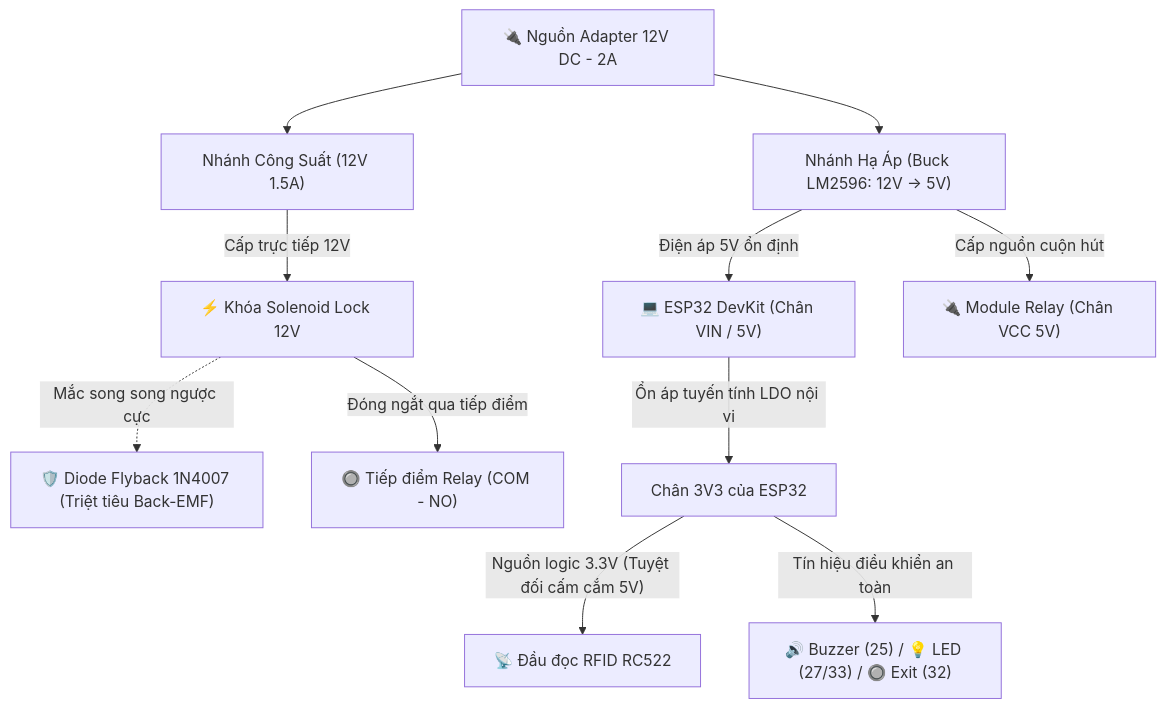
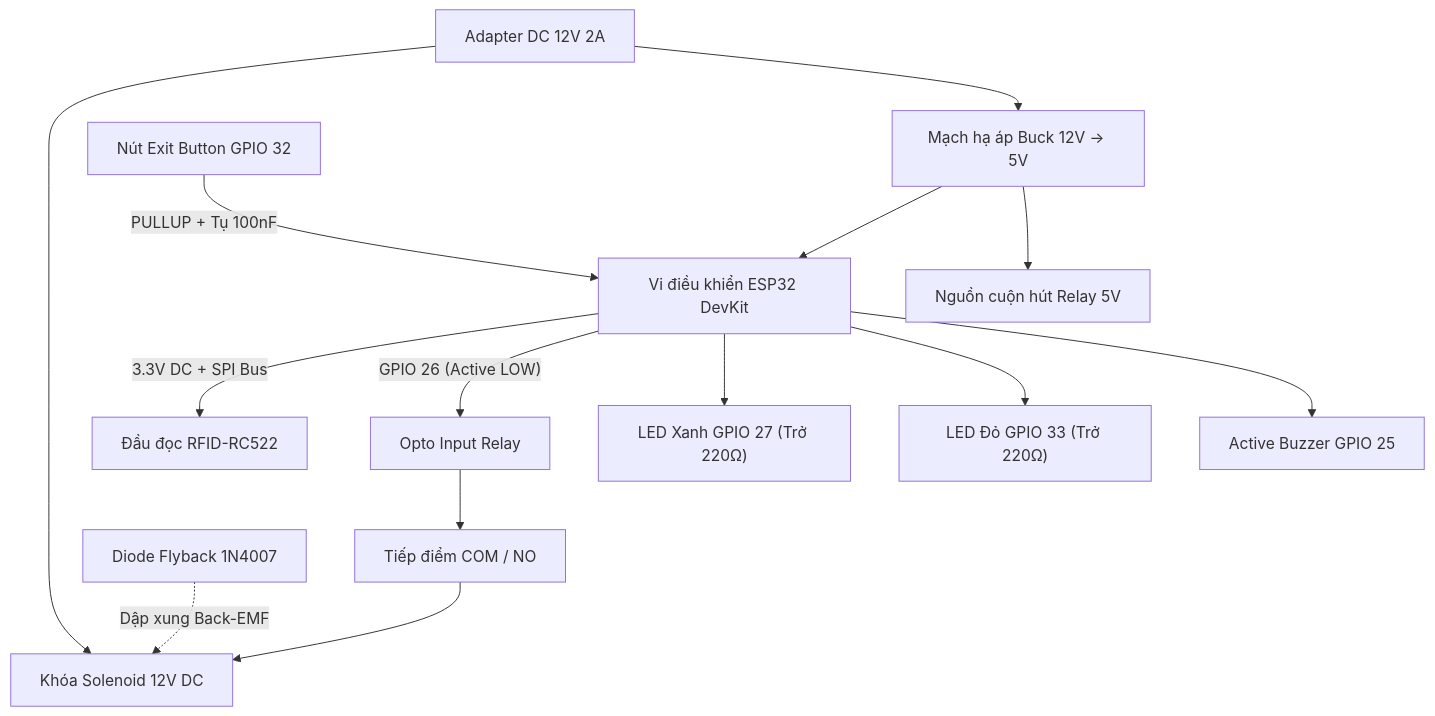
Before and after one commit to NguyenHoangUy1305/iot-rfid-access-control: the first of 5 diagrams in docs/SO_DO_KY_THUAT_VA_LY_THUYET.md, drawn with Mermaid. The commit also changed other lines of this file and 1 other file, not shown here.

Commit message:
docs: upgrade Project 1 roadmap and technical schematics to 10/10 standard

````diff
--- a/docs/SO_DO_KY_THUAT_VA_LY_THUYET.md
+++ b/docs/SO_DO_KY_THUAT_VA_LY_THUYET.md
@@ -208,16 +252,18 @@
 ```mermaid
 graph TD
-    Adapter["🔌 Nguồn Adapter 12V DC - 2A"] --> Branch1["Nhánh Công Suất (12V 1.5A)"]
-    Adapter --> Branch2["Nhánh Hạ Áp (Buck LM2596: 12V -> 5V)"]
+    Adapter["Adapter DC 12V 2A"] --> Solenoid["Khóa Solenoid 12V DC"]
+    Adapter --> Buck["Mạch hạ áp Buck 12V -> 5V"]
+    Buck --> ESP["Vi điều khiển ESP32 DevKit"]
+    Buck --> RelayVCC["Nguồn cuộn hút Relay 5V"]
 
-    Branch1 -->|"Cấp trực tiếp 12V"| Lock["⚡ Khóa Solenoid Lock 12V"]
-    Lock -.->|"Mắc song song ngược cực"| Diode["🛡️ Diode Flyback 1N4007 (Triệt tiêu Back-EMF)"]
-    Lock -->|"Đóng ngắt qua tiếp điểm"| RelayContact["🔘 Tiếp điểm Relay (COM - NO)"]
+    ESP -->|"3.3V DC + SPI Bus"| RC522["Đầu đọc RFID-RC522"]
+    ESP -->|"GPIO 26 (Active LOW)"| RelayInput["Opto Input Relay"]
+    RelayInput --> RelayContact["Tiếp điểm COM / NO"]
+    RelayContact --> Solenoid
 
-    Branch2 -->|"Điện áp 5V ổn định"| ESP32_VIN["💻 ESP32 DevKit (Chân VIN / 5V)"]
-    Branch2 -->|"Cấp nguồn cuộn hút"| Relay_VCC["🔌 Module Relay (Chân VCC 5V)"]
-
-    ESP32_VIN -->|"Ổn áp tuyến tính LDO nội vi"| V33["Chân 3V3 của ESP32"]
-    V33 -->|"Nguồn logic 3.3V (Tuyệt đối cấm cắm 5V)"| RC522["📡 Đầu đọc RFID RC522"]
-    V33 -->|"Tín hiệu điều khiển an toàn"| Peripherals["🔊 Buzzer (25) / 💡 LED (27/33) / 🔘 Exit (32)"]
+    ESP --> LEDG["LED Xanh GPIO 27 (Trở 220Ω)"]
+    ESP --> LEDR["LED Đỏ GPIO 33 (Trở 220Ω)"]
+    ESP --> Buzzer["Active Buzzer GPIO 25"]
+    ExitBtn["Nút Exit Button GPIO 32"] -->|"PULLUP + Tụ 100nF"| ESP
+    Diode["Diode Flyback 1N4007"] -.->|"Dập xung Back-EMF"| Solenoid
 ```
````
